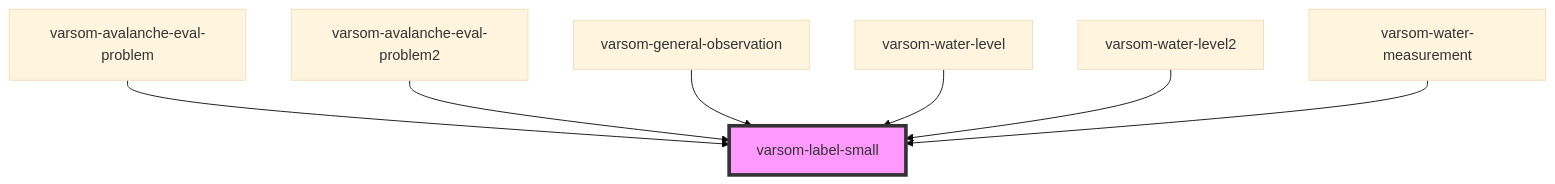
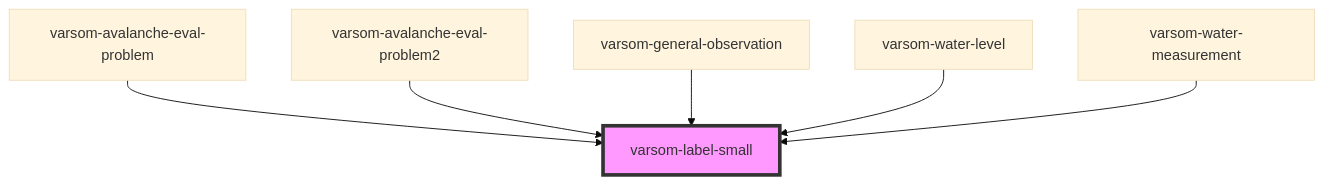
The diagram in observasjonskort/src/components/varsom-label-small/readme.md (NVE/varsom-observation), drawn with Mermaid (base theme) before and after one commit. The commit also changed other lines of this file and 4 other files, not shown here.

Commit message:
adjusted margin for water level

````diff
--- a/observasjonskort/src/components/varsom-label-small/readme.md
+++ b/observasjonskort/src/components/varsom-label-small/readme.md
@@ -27,10 +26,9 @@
 ```mermaid
 graph TD;
   varsom-avalanche-eval-problem --> varsom-label-small
   varsom-avalanche-eval-problem2 --> varsom-label-small
   varsom-general-observation --> varsom-label-small
   varsom-water-level --> varsom-label-small
-  varsom-water-level2 --> varsom-label-small
   varsom-water-measurement --> varsom-label-small
   style varsom-label-small fill:#f9f,stroke:#333,stroke-width:4px
 ```
````
